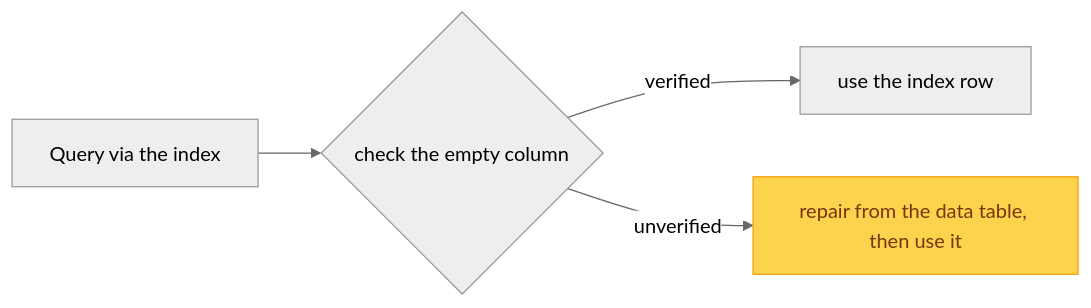
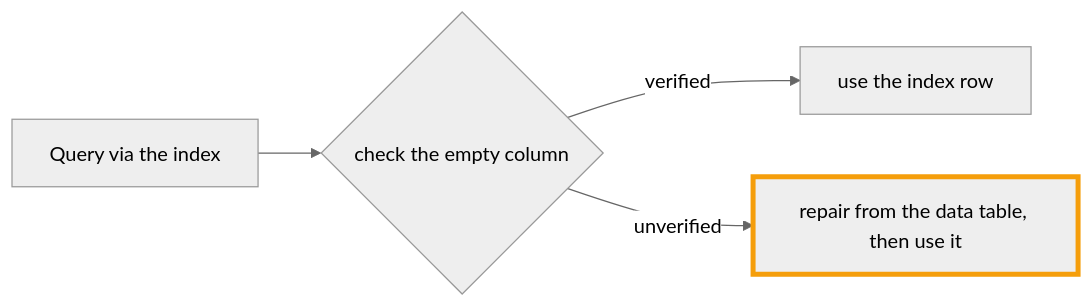
Before and after one commit to palashc/palashc.github.io: the third of 3 diagrams in src/content/blog/phoenix-features/secondary-indexes.md, drawn with Mermaid (neutral theme). The commit also changed other lines of this file and 21 other files, not shown here.

````diff
--- a/src/content/blog/phoenix-features/secondary-indexes.md
+++ b/src/content/blog/phoenix-features/secondary-indexes.md
@@ -118,7 +118,7 @@
 ```mermaid
 flowchart LR
   q["Query via the index"] --> c{"check the empty column"}
   c -->|"verified"| use["use the index row"]
   c -->|"unverified"| repair["repair from the data table, then use it"]
-  style repair fill:#fcd34d,color:#78350f,stroke:#f59e0b
+  style repair stroke:#f59e0b,stroke-width:4px
 ```
````
